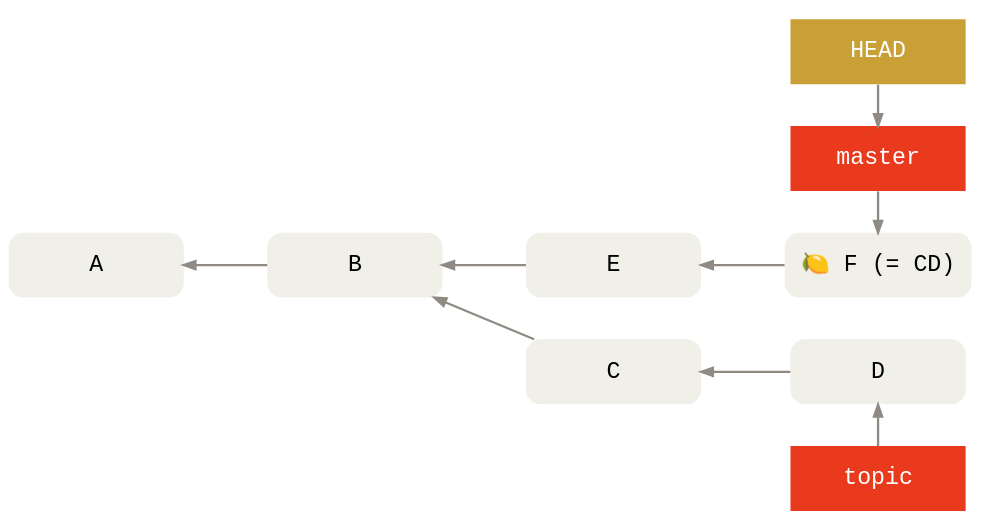
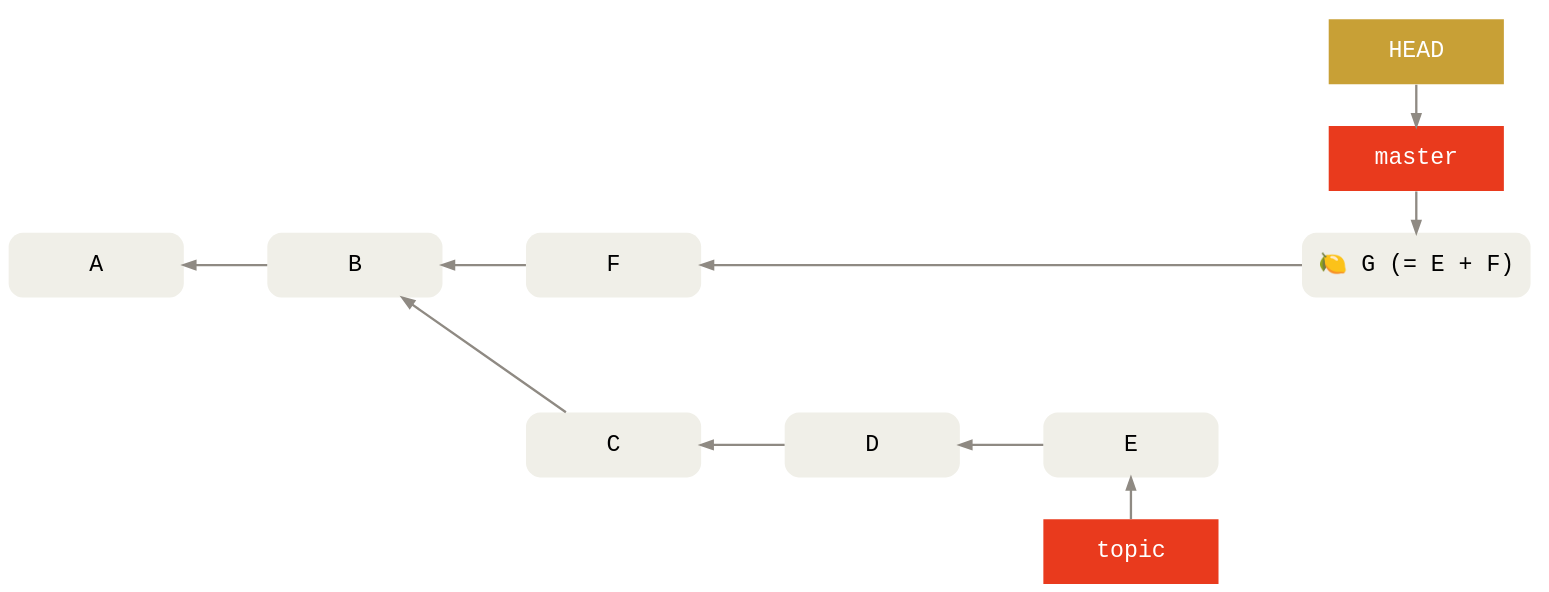
The diagram in images/integration/squash-merge.gv (agross/git-reveal), drawn with Graphviz before and after one commit. The commit also changed 9 other files, not shown here.

Commit message:
Align diverged graphs with the in-training examples

```diff
--- a/images/integration/squash-merge.gv
+++ b/images/integration/squash-merge.gv
@@ -1,44 +1,51 @@
 digraph Git {
   bgcolor="transparent"
 
   rankdir=LR
   ranksep=1
   nodesep=.5
 
   edge [color="#8f8a83"
         penwidth=2
         dir="back"]
   node [shape=box
         fontname="Menlo, Monaco, Consolas, Lucida Console, Courier New, monospace"
         fontsize=20
         margin=".2,.23"
         width=2.1
         penwidth=0]
 
   node [style="rounded,filled"
         fillcolor="#f0efe8"]
   node [group=master]
-  F [label="🍋 F (= CD)"]
-  A -> B -> E -> F
+  G [label="🍋 G (= E + F)"]
+  A -> B -> F
+  F -> G [weight=2]
+  // X and Y are invisible and used for alignment only.
+  X [label="" fillcolor=transparent]
+  Y [label="" fillcolor=transparent]
+  F->X [style=invis]
+  X->Y [style=invis]
+  Y->G [style=invis]
   node [group=topic]
-  B -> C -> D
+  B -> C -> D -> E
 
   node [style="filled"
         fontcolor="#ffffff"
         fillcolor="#e93a1d"]
   HEAD [fillcolor="#c8a036"]
 
   subgraph cluster_master {
     color=invis
     {
       rank=same
-      F -> master -> HEAD
+      G -> master -> HEAD
     }
   }
 
   // No cluster draws label below.
   {
     rank=same
-    D -> topic
+    E -> topic
   }
 }
```
